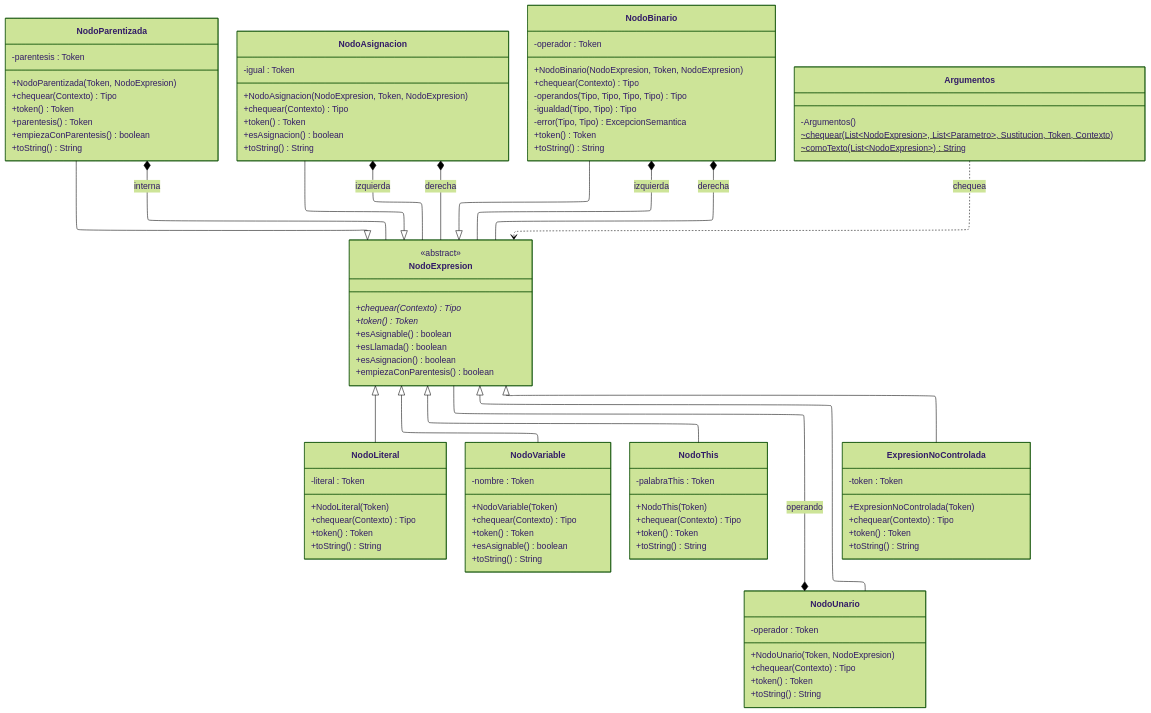
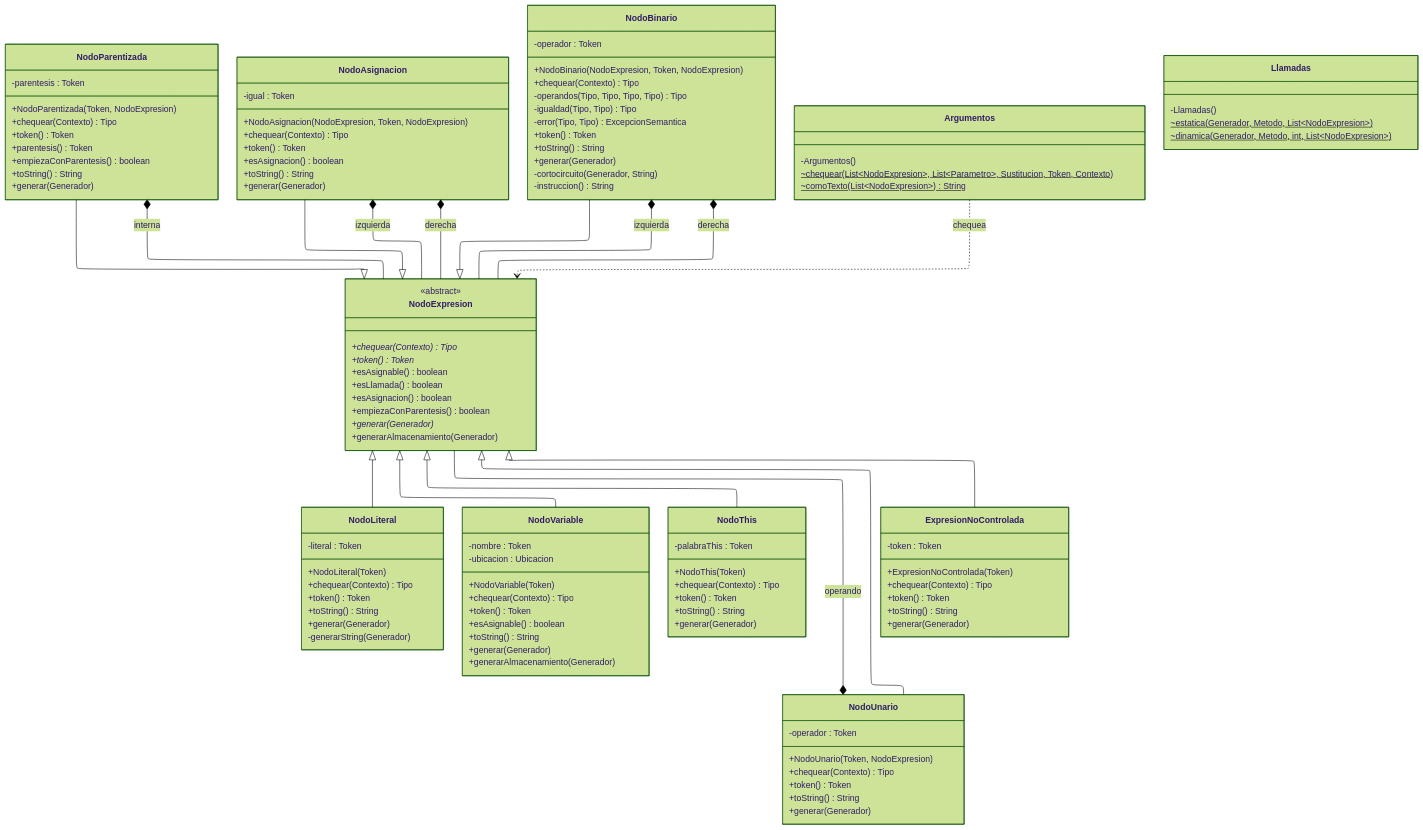
Before and after one commit to agustinpaul0/Proyecto-CEI: the third of 5 diagrams in documentacion/sentencias/arquitectura-del-chequeo-de-sentencias.md, drawn with Mermaid (forest theme). The commit also changed other lines of this file and 27 other files, not shown here.

```diff
--- a/documentacion/sentencias/arquitectura-del-chequeo-de-sentencias.md
+++ b/documentacion/sentencias/arquitectura-del-chequeo-de-sentencias.md
@@ -185,6 +201,8 @@
         +esLlamada() boolean
         +esAsignacion() boolean
         +empiezaConParentesis() boolean
+        +generar(Generador)*
+        +generarAlmacenamiento(Generador)
     }
     class NodoLiteral {
         -literal : Token
@@ -192,6 +210,8 @@
         +chequear(Contexto) Tipo
         +token() Token
         +toString() String
+        +generar(Generador)
+        -generarString(Generador)
     }
     class NodoVariable {
         -nombre : Token
@@ -200,6 +220,9 @@
         +token() Token
         +esAsignable() boolean
         +toString() String
+        -ubicacion : Ubicacion
+        +generar(Generador)
+        +generarAlmacenamiento(Generador)
     }
     class NodoThis {
         -palabraThis : Token
@@ -207,6 +230,7 @@
         +chequear(Contexto) Tipo
         +token() Token
         +toString() String
+        +generar(Generador)
     }
     class NodoParentizada {
         -parentesis : Token
@@ -216,6 +240,7 @@
         +parentesis() Token
         +empiezaConParentesis() boolean
         +toString() String
+        +generar(Generador)
     }
     class NodoAsignacion {
         -igual : Token
@@ -224,6 +249,7 @@
         +token() Token
         +esAsignacion() boolean
         +toString() String
+        +generar(Generador)
     }
     class NodoBinario {
         -operador : Token
@@ -234,6 +260,9 @@
         -error(Tipo, Tipo) ExcepcionSemantica
         +token() Token
         +toString() String
+        +generar(Generador)
+        -cortocircuito(Generador, String)
+        -instruccion() String
     }
     class NodoUnario {
         -operador : Token
@@ -241,6 +270,7 @@
         +chequear(Contexto) Tipo
         +token() Token
         +toString() String
+        +generar(Generador)
     }
     class ExpresionNoControlada {
         -token : Token
@@ -248,11 +278,17 @@
         +chequear(Contexto) Tipo
         +token() Token
         +toString() String
+        +generar(Generador)
     }
     class Argumentos {
         -Argumentos()
         ~chequear(List~NodoExpresion~, List~Parametro~, Sustitucion, Token, Contexto)$
         ~comoTexto(List~NodoExpresion~)$ String
+    }
+    class Llamadas {
+        -Llamadas()
+        ~estatica(Generador, Metodo, List~NodoExpresion~)$
+        ~dinamica(Generador, Metodo, int, List~NodoExpresion~)$
     }
     NodoExpresion <|-- NodoLiteral
     NodoExpresion <|-- NodoVariable
```
